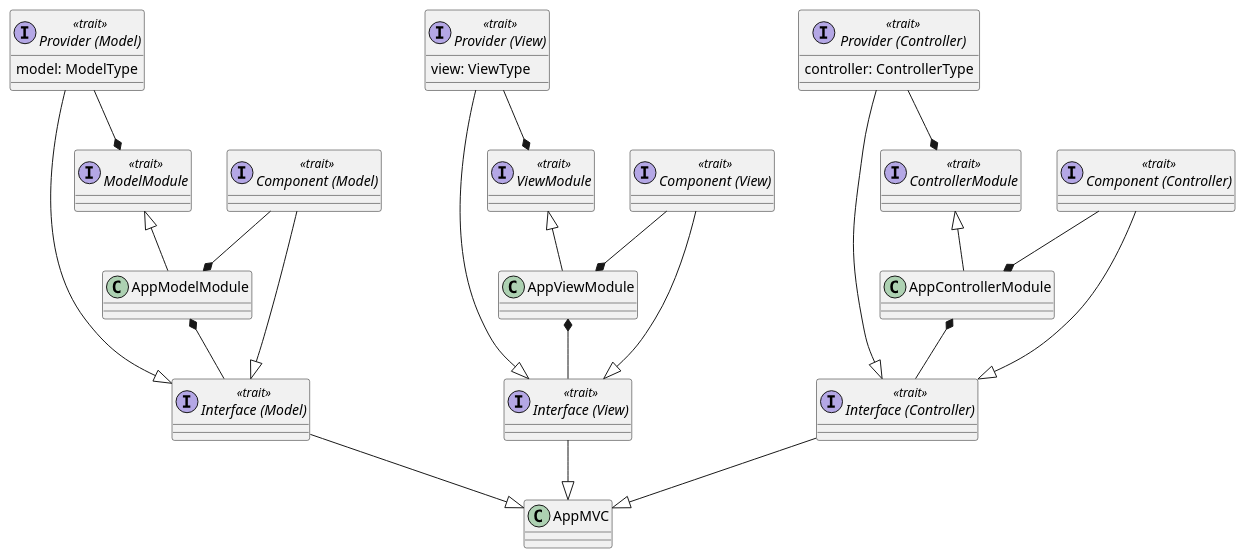
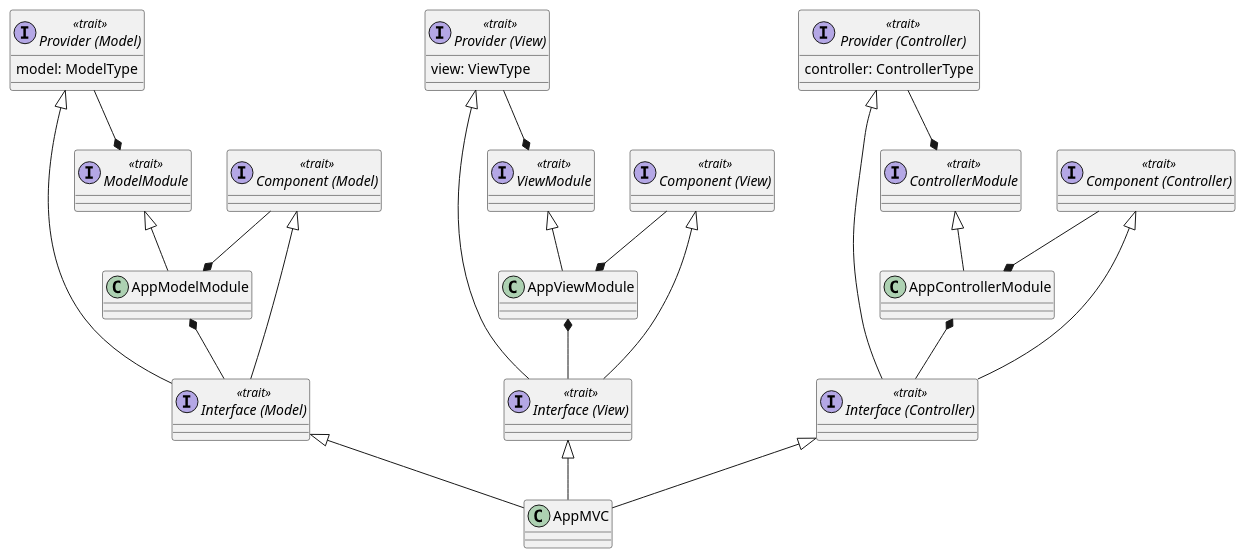
The diagram in docs/5-detailed-design/mvc-uml.plantuml (EmanueleArte/PPS-23-cactus), drawn with PlantUML before and after one commit.

```diff
--- a/docs/5-detailed-design/mvc-uml.plantuml
+++ b/docs/5-detailed-design/mvc-uml.plantuml
@@ -1,77 +1,74 @@
 @startuml
 
 class AppMVC
-'AppMVC <|-- "Interface (Model)"
-'AppMVC <|-- "Interface (View)"
-'AppMVC <|-- "Interface (Controller)"
-"Interface (Model)" --|> AppMVC
-"Interface (View)" --|> AppMVC
-"Interface (Controller)" --|> AppMVC
+"Interface (Model)" <|-- AppMVC
+"Interface (View)" <|-- AppMVC
+"Interface (Controller)" <|-- AppMVC
 
 ' Model '
 interface ModelModule <<trait>>
 
 interface "Provider (Model)" <<trait>> {
   model: ModelType
 }
 
 "Provider (Model)" --* ModelModule
 
 class AppModelModule extends ModelModule {
 }
 
 interface "Component (Model)" <<trait>>
 
 "Component (Model)" --* AppModelModule
 
 interface "Interface (Model)" <<trait>>
-"Provider (Model)" --|> "Interface (Model)"
-"Component (Model)" --|> "Interface (Model)"
+"Provider (Model)" <|-- "Interface (Model)"
+"Component (Model)" <|-- "Interface (Model)"
 
 AppModelModule *-- "Interface (Model)"
 
 ' View '
 interface ViewModule <<trait>>
 
 interface "Provider (View)" <<trait>> {
   view: ViewType
 }
 
 "Provider (View)" --* ViewModule
 
 class AppViewModule extends ViewModule {
 }
 
 interface "Component (View)" <<trait>>
 
 "Component (View)" --* AppViewModule
 
 interface "Interface (View)" <<trait>>
-"Provider (View)" --|> "Interface (View)"
-"Component (View)" --|> "Interface (View)"
+"Provider (View)" <|-- "Interface (View)"
+"Component (View)" <|-- "Interface (View)"
 
 AppViewModule *-- "Interface (View)"
 
 ' Controller '
 interface ControllerModule <<trait>>
 
 interface "Provider (Controller)" <<trait>> {
   controller: ControllerType
 }
 
 "Provider (Controller)" --* ControllerModule
 
 class AppControllerModule extends ControllerModule {
 }
 
 interface "Component (Controller)" <<trait>>
 
 "Component (Controller)" --* AppControllerModule
 
 interface "Interface (Controller)" <<trait>>
-"Provider (Controller)" --|> "Interface (Controller)"
-"Component (Controller)" --|> "Interface (Controller)"
+"Provider (Controller)" <|-- "Interface (Controller)"
+"Component (Controller)" <|-- "Interface (Controller)"
 
 AppControllerModule *-- "Interface (Controller)"
 
 @enduml
```
